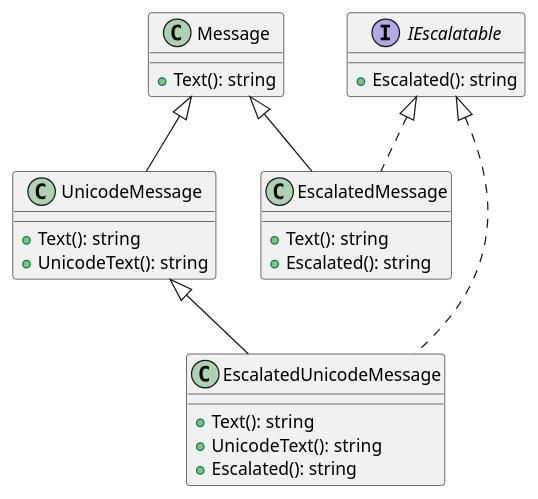
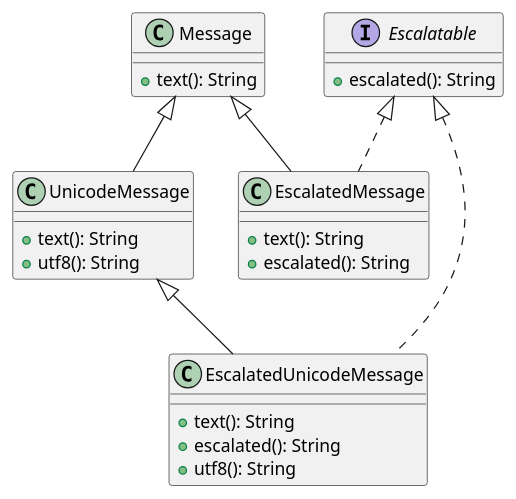
One commit to hsro-inf-prg3/hsro-inf-prg3.github.io changed the second of 2 diagrams in assets/mixin-diamond.plantuml. Above: the diagram before and after it, drawn with PlantUML. The commit also changed other lines of this file and 2 other files, not shown here.

Commit message:
Cosmetics for Mixin UML

```diff
--- a/assets/mixin-diamond.plantuml
+++ b/assets/mixin-diamond.plantuml
@@ -20,27 +20,27 @@
 @startuml mixin-diamond-2
 
 class Message {
-	+Text(): string
+	+text(): String
 }
 
-interface IEscalatable {
-	+Escalated(): string
+interface Escalatable {
+	+escalated(): String
 }
 
-class EscalatedMessage extends Message implements IEscalatable{
-	+Text(): string
-	+Escalated(): string
+class EscalatedMessage extends Message implements Escalatable{
+	+text(): String
+	+escalated(): String
 }
 
 class UnicodeMessage extends Message {
-	+Text(): string
-	+UnicodeText(): string
+	+text(): String
+	+utf8(): String
 }
 
-class EscalatedUnicodeMessage extends UnicodeMessage implements IEscalatable {
-	+Text(): string
-	+UnicodeText(): string
-	+Escalated(): string
+class EscalatedUnicodeMessage extends UnicodeMessage implements Escalatable {
+	+text(): String
+	+escalated(): String
+	+utf8(): String
 }
 
 @enduml
```
